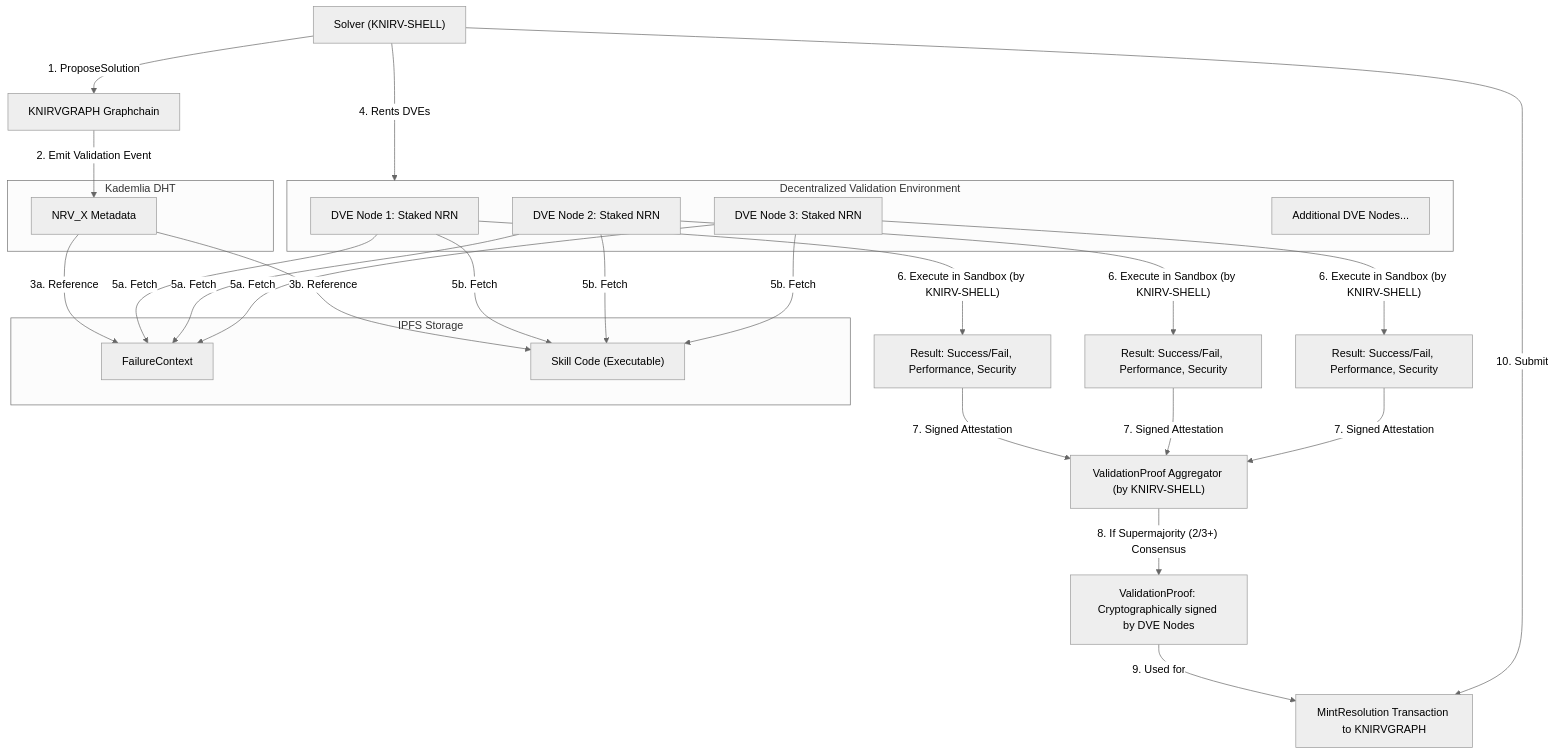
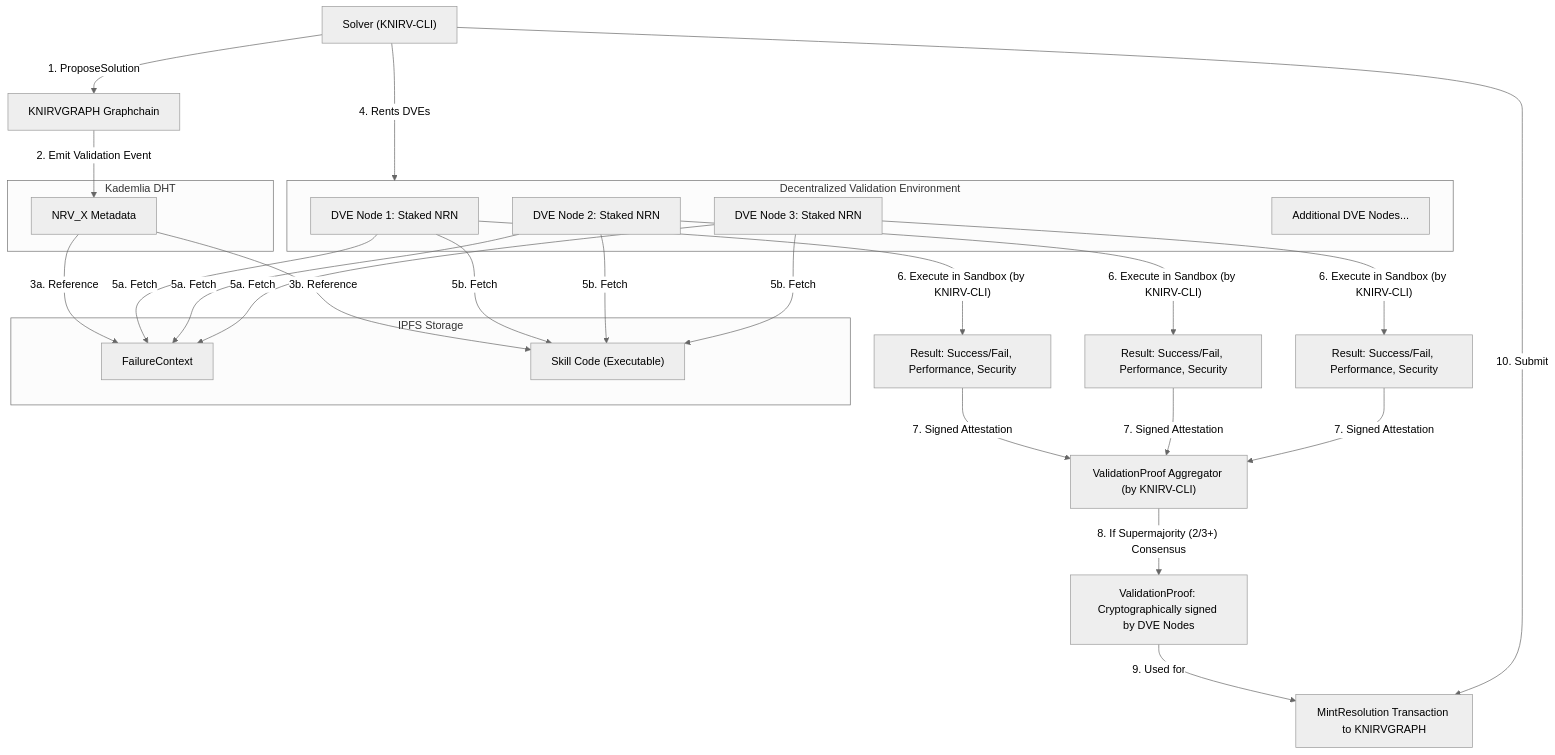
Before and after one commit to guiperry/KNIRV_NETWORK: the fourth of 9 diagrams in KNIRVGATEWAY/documentation/docsify/whitepapers/KNIRV-GRAPH_Whitepaper.md, drawn with Mermaid (neutral theme). The commit also changed other lines of this file and 1506 other files, not shown here.

````diff
--- a/KNIRVGATEWAY/documentation/docsify/whitepapers/KNIRV-GRAPH_Whitepaper.md
+++ b/KNIRVGATEWAY/documentation/docsify/whitepapers/KNIRV-GRAPH_Whitepaper.md
@@ -244,45 +244,45 @@
 ```mermaid
 graph TD
     subgraph DHT[Kademlia DHT]
         NRV[NRV_X Metadata]
     end
     
     subgraph IPFS[IPFS Storage]
         FC[FailureContext]
         SC["Skill Code (Executable)"]
     end
     
     subgraph DVE_NETWORK[Decentralized Validation Environment]
         DVE1[DVE Node 1: Staked NRN]
         DVE2[DVE Node 2: Staked NRN]
         DVE3[DVE Node 3: Staked NRN]
         DVEX[Additional DVE Nodes...]
     end
 
-    Solver["Solver (KNIRV-SHELL)"] -- 1. ProposeSolution --> KGBC[KNIRVGRAPH Graphchain]
+    Solver["Solver (KNIRV-CLI)"] -- 1. ProposeSolution --> KGBC[KNIRVGRAPH Graphchain]
     KGBC -- 2. Emit Validation Event --> NRV
     
     NRV -- 3a. Reference --> FC
     NRV -- 3b. Reference --> SC
     
     Solver -- 4. Rents DVEs --> DVE_NETWORK
     DVE1 -- 5a. Fetch --> FC
     DVE1 -- 5b. Fetch --> SC
     DVE2 -- 5a. Fetch --> FC
     DVE2 -- 5b. Fetch --> SC
     DVE3 -- 5a. Fetch --> FC
     DVE3 -- 5b. Fetch --> SC
     
-    DVE1 -- 6. Execute in Sandbox (by KNIRV-SHELL) --> DVE1_Result[Result: Success/Fail, Performance, Security]
-    DVE2 -- 6. Execute in Sandbox (by KNIRV-SHELL) --> DVE2_Result[Result: Success/Fail, Performance, Security]
-    DVE3 -- 6. Execute in Sandbox (by KNIRV-SHELL) --> DVE3_Result[Result: Success/Fail, Performance, Security]
+    DVE1 -- 6. Execute in Sandbox (by KNIRV-CLI) --> DVE1_Result[Result: Success/Fail, Performance, Security]
+    DVE2 -- 6. Execute in Sandbox (by KNIRV-CLI) --> DVE2_Result[Result: Success/Fail, Performance, Security]
+    DVE3 -- 6. Execute in Sandbox (by KNIRV-CLI) --> DVE3_Result[Result: Success/Fail, Performance, Security]
 
-    DVE1_Result -- 7. Signed Attestation --> Aggregator["ValidationProof Aggregator (by KNIRV-SHELL)"]
+    DVE1_Result -- 7. Signed Attestation --> Aggregator["ValidationProof Aggregator (by KNIRV-CLI)"]
     DVE2_Result -- 7. Signed Attestation --> Aggregator
     DVE3_Result -- 7. Signed Attestation --> Aggregator
 
     Aggregator -- 8. If Supermajority (2/3+) Consensus --> ValidationProof[ValidationProof: Cryptographically signed by DVE Nodes]
     
     ValidationProof -- 9. Used for --> MintResolution[MintResolution Transaction to KNIRVGRAPH]
     Solver -- 10. Submit --> MintResolution
 ```
````
